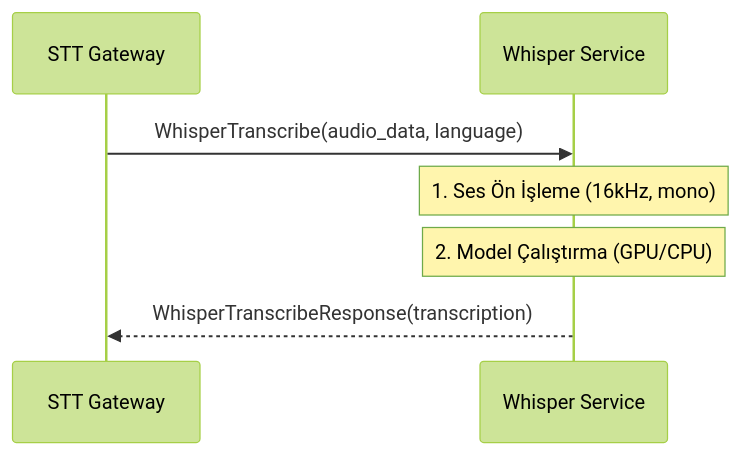
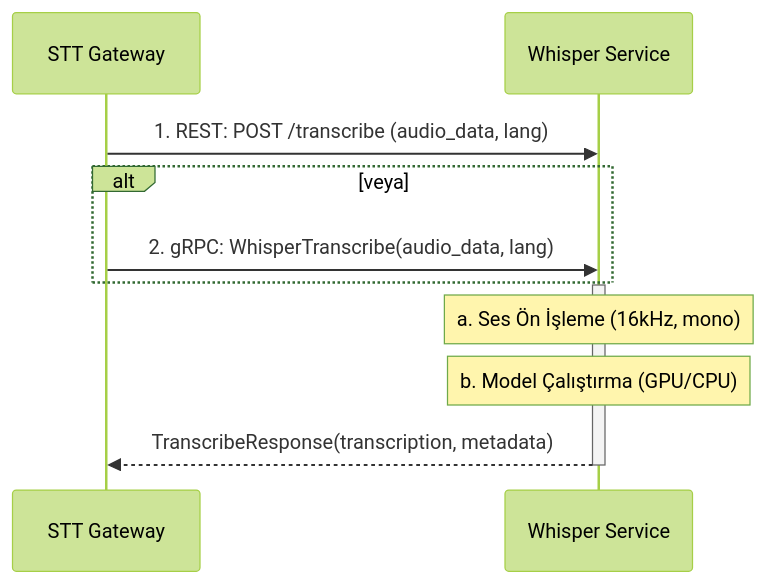
Before and after one commit to sentiric/sentiric-stt-whisper-service: the diagram in LOGIC.md, drawn with Mermaid (forest theme). The commit also changed other lines of this file and 2 other files, not shown here.

Commit message:
doc: whisper document

````diff
--- a/LOGIC.md
+++ b/LOGIC.md
@@ -9,11 +11,16 @@
 ```mermaid
 sequenceDiagram
     participant Gateway as STT Gateway
     participant Whisper as Whisper Service
     
-    Gateway->>Whisper: WhisperTranscribe(audio_data, language)
+    Gateway->>Whisper: 1. REST: POST /transcribe (audio_data, lang)
+    alt veya
+    Gateway->>Whisper: 2. gRPC: WhisperTranscribe(audio_data, lang)
+    end
     
-    Note over Whisper: 1. Ses Ön İşleme (16kHz, mono)
-    Note over Whisper: 2. Model Çalıştırma (GPU/CPU)
-    Whisper-->>Gateway: WhisperTranscribeResponse(transcription)
+    activate Whisper
+    Note over Whisper: a. Ses Ön İşleme (16kHz, mono)
+    Note over Whisper: b. Model Çalıştırma (GPU/CPU)
+    Whisper-->>Gateway: TranscribeResponse(transcription, metadata)
+    deactivate Whisper
 ```
````
